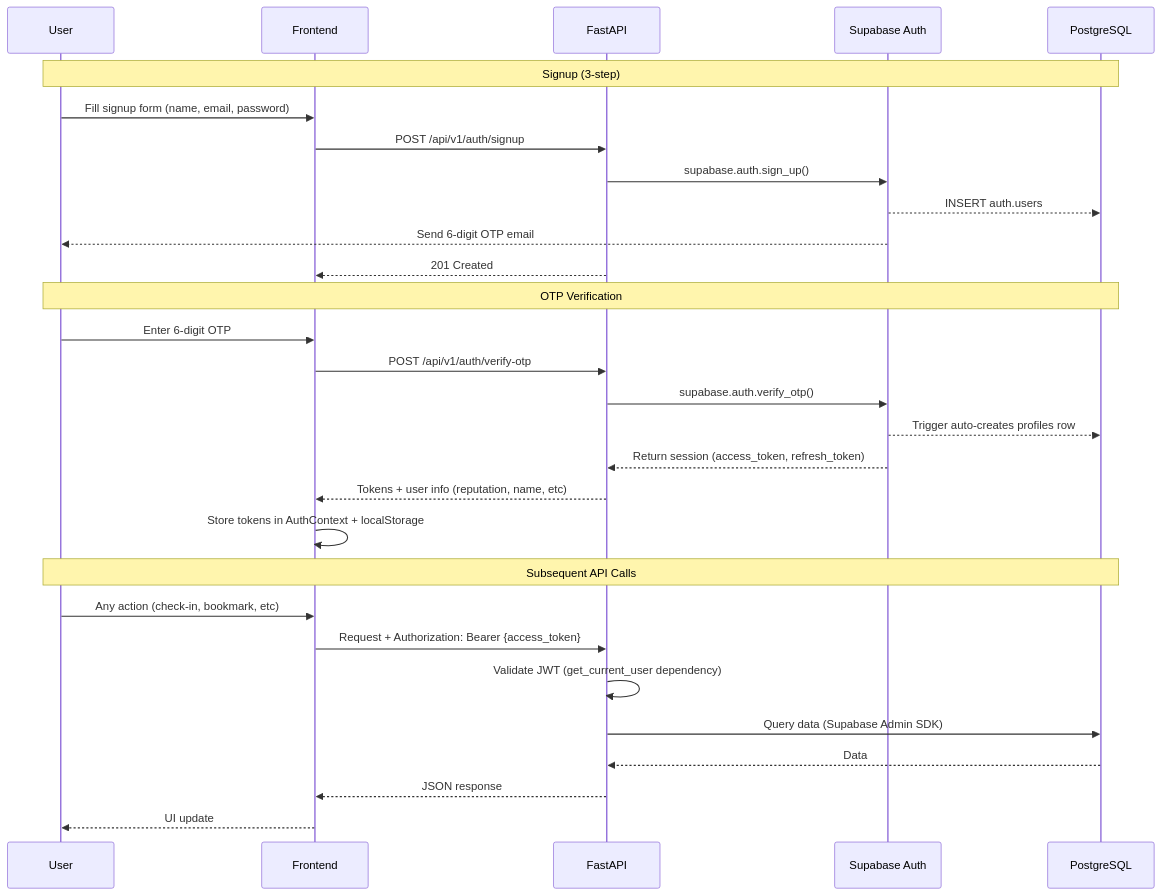
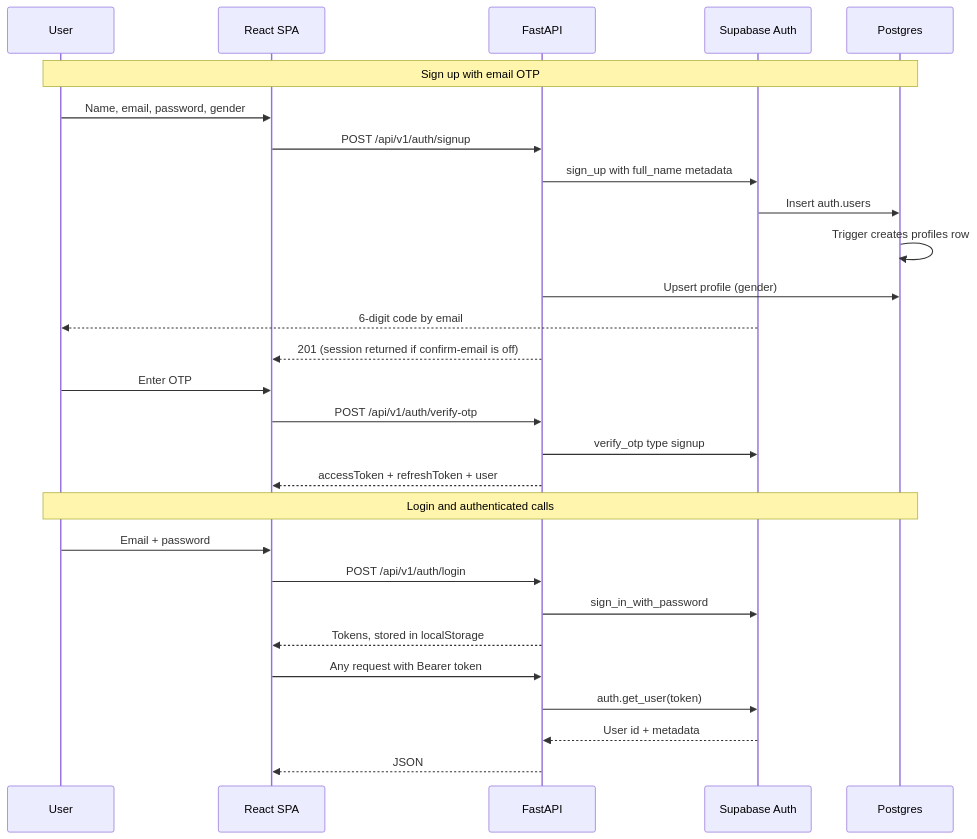
Before and after one commit to snsyaqirah/snsyaqirah.github.io: the sixth of 15 diagrams in portfolio-react/public/docs/singgahluhh.md, drawn with Mermaid. The commit also changed other lines of this file and 101 other files, not shown here.

````diff
--- a/portfolio-react/public/docs/singgahluhh.md
+++ b/portfolio-react/public/docs/singgahluhh.md
@@ -345,34 +241,32 @@
 ```mermaid
 sequenceDiagram
     participant U as User
-    participant FE as Frontend
+    participant FE as React SPA
     participant API as FastAPI
-    participant SB as Supabase Auth
-    participant DB as PostgreSQL
+    participant SA as Supabase Auth
+    participant DB as Postgres
 
-    Note over U,DB: Signup (3-step)
-    U->>FE: Fill signup form (name, email, password)
+    Note over U,DB: Sign up with email OTP
+    U->>FE: Name, email, password, gender
     FE->>API: POST /api/v1/auth/signup
-    API->>SB: supabase.auth.sign_up()
-    SB-->>DB: INSERT auth.users
-    SB-->>U: Send 6-digit OTP email
-    API-->>FE: 201 Created
+    API->>SA: sign_up with full_name metadata
+    SA->>DB: Insert auth.users
+    DB->>DB: Trigger creates profiles row
+    API->>DB: Upsert profile (gender)
+    SA-->>U: 6-digit code by email
+    API-->>FE: 201 (session returned if confirm-email is off)
+    U->>FE: Enter OTP
+    FE->>API: POST /api/v1/auth/verify-otp
+    API->>SA: verify_otp type signup
+    API-->>FE: accessToken + refreshToken + user
 
-    Note over U,DB: OTP Verification
-    U->>FE: Enter 6-digit OTP
-    FE->>API: POST /api/v1/auth/verify-otp
-    API->>SB: supabase.auth.verify_otp()
-    SB-->>DB: Trigger auto-creates profiles row
-    SB-->>API: Return session (access_token, refresh_token)
-    API-->>FE: Tokens + user info (reputation, name, etc)
-    FE->>FE: Store tokens in AuthContext + localStorage
-
-    Note over U,DB: Subsequent API Calls
-    U->>FE: Any action (check-in, bookmark, etc)
-    FE->>API: Request + Authorization: Bearer {access_token}
-    API->>API: Validate JWT (get_current_user dependency)
-    API->>DB: Query data (Supabase Admin SDK)
-    DB-->>API: Data
-    API-->>FE: JSON response
-    FE-->>U: UI update
+    Note over U,DB: Login and authenticated calls
+    U->>FE: Email + password
+    FE->>API: POST /api/v1/auth/login
+    API->>SA: sign_in_with_password
+    API-->>FE: Tokens, stored in localStorage
+    FE->>API: Any request with Bearer token
+    API->>SA: auth.get_user(token)
+    SA-->>API: User id + metadata
+    API-->>FE: JSON
 ```
````
